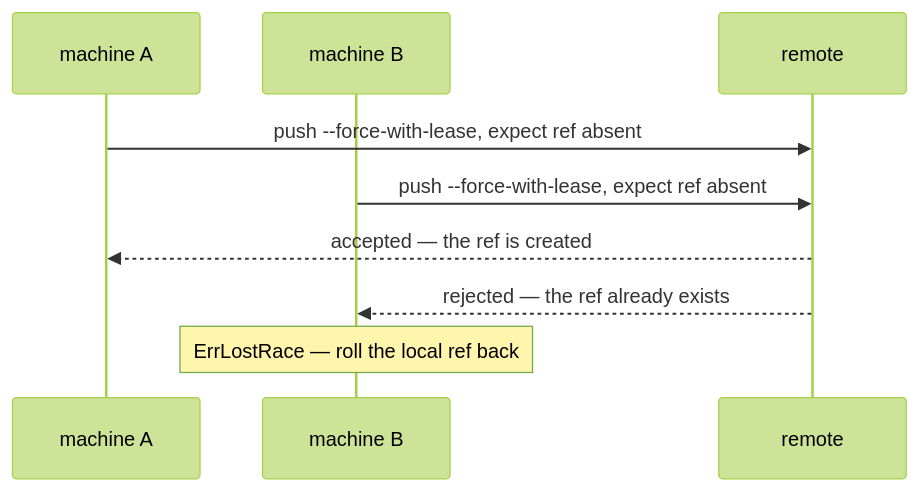
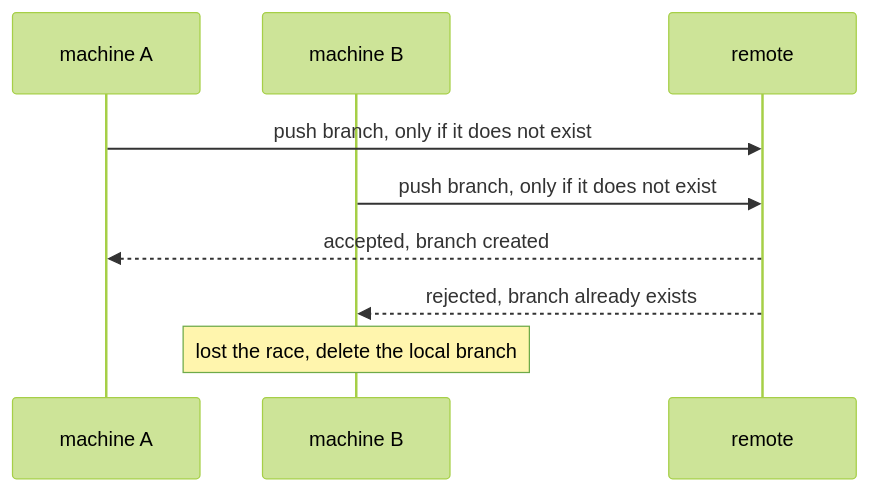
Before and after one commit to jeduden/frit: the second of 2 diagrams in docs/claiming.md, drawn with Mermaid (forest theme). The commit also changed other lines of this file and 1 other file, not shown here.

````diff
--- a/docs/claiming.md
+++ b/docs/claiming.md
@@ -128,11 +93,11 @@
 ```mermaid
 sequenceDiagram
     participant A as machine A
     participant B as machine B
     participant R as remote
-    A->>R: push --force-with-lease, expect ref absent
-    B->>R: push --force-with-lease, expect ref absent
-    R-->>A: accepted — the ref is created
-    R-->>B: rejected — the ref already exists
-    Note over B: ErrLostRace — roll the local ref back
+    A->>R: push branch, only if it does not exist
+    B->>R: push branch, only if it does not exist
+    R-->>A: accepted, branch created
+    R-->>B: rejected, branch already exists
+    Note over B: lost the race, delete the local branch
 ```
````
